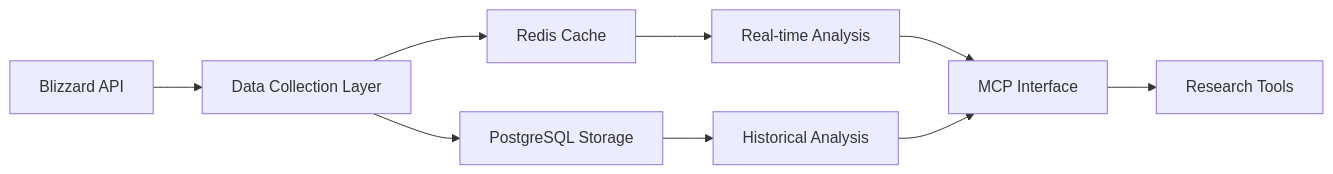
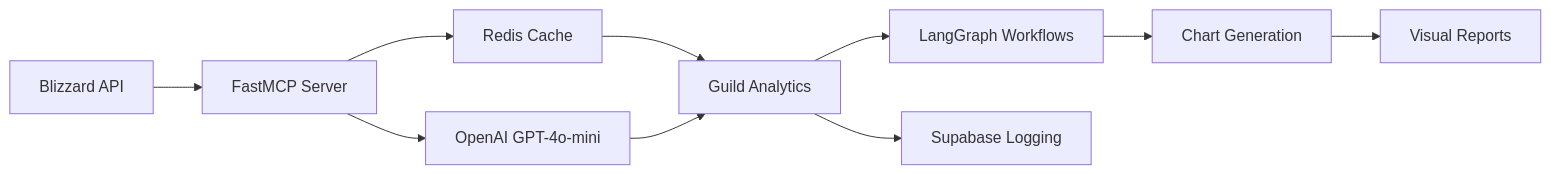
One commit to noahmott/world_of_warcraft_mcp_server changed the diagram in README.md. Above: the diagram before and after it, drawn with Mermaid. The commit also changed other lines of this file and 1 other file, not shown here.

First line of the commit message:
Update README to accurately reflect WoW Guild Analytics functionality

````diff
--- a/README.md
+++ b/README.md
@@ -144,11 +144,12 @@
 ```mermaid
 graph LR
-    A[Blizzard API] --> B[Data Collection Layer]
+    A[Blizzard API] --> B[FastMCP Server]
     B --> C[Redis Cache]
-    B --> D[PostgreSQL Storage]
-    C --> E[Real-time Analysis]
-    D --> F[Historical Analysis]
-    E --> G[MCP Interface]
-    F --> G
-    G --> H[Research Tools]
+    B --> D[OpenAI GPT-4o-mini]
+    C --> E[Guild Analytics]
+    D --> E
+    E --> F[LangGraph Workflows]
+    F --> G[Chart Generation]
+    E --> H[Supabase Logging]
+    G --> I[Visual Reports]
 ```
````
